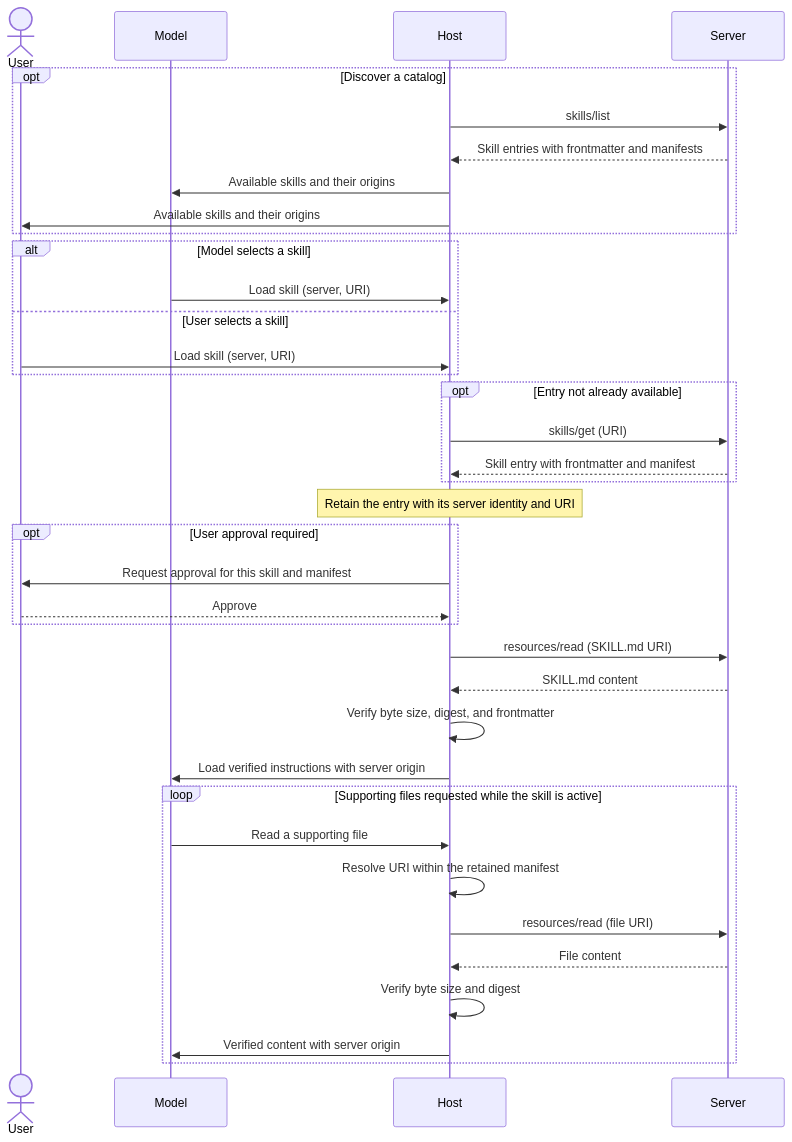
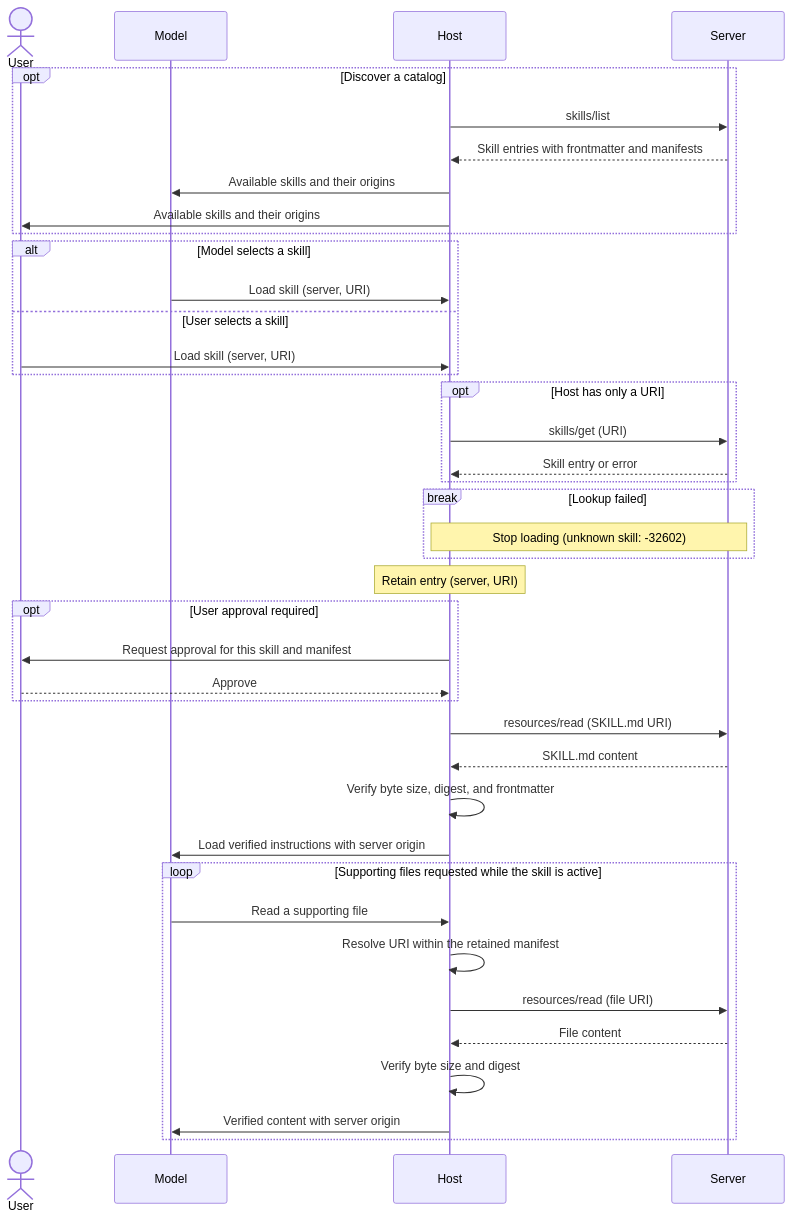
The diagram in docs/extensions/skills/overview.mdx (modelcontextprotocol/modelcontextprotocol), drawn with Mermaid before and after one commit. The commit also changed other lines of this file, not shown here.

Commit message:
docs: distinguish missing metadata from failed skill lookup

````diff
--- a/docs/extensions/skills/overview.mdx
+++ b/docs/extensions/skills/overview.mdx
@@ -293,45 +293,48 @@
 ```mermaid
 sequenceDiagram
     actor User
     participant Model
     participant Host
     participant Server
 
     opt Discover a catalog
         Host->>Server: skills/list
         Server-->>Host: Skill entries with frontmatter and manifests
         Host->>Model: Available skills and their origins
         Host->>User: Available skills and their origins
     end
 
     alt Model selects a skill
         Model->>Host: Load skill (server, URI)
     else User selects a skill
         User->>Host: Load skill (server, URI)
     end
 
-    opt Entry not already available
+    opt Host has only a URI
         Host->>Server: skills/get (URI)
-        Server-->>Host: Skill entry with frontmatter and manifest
+        Server-->>Host: Skill entry or error
     end
-    Note over Host: Retain the entry with its server identity and URI
+    break Lookup failed
+        Note over Host,Server: Stop loading (unknown skill: -32602)
+    end
+    Note over Host: Retain entry (server, URI)
 
     opt User approval required
         Host->>User: Request approval for this skill and manifest
         User-->>Host: Approve
     end
 
     Host->>Server: resources/read (SKILL.md URI)
     Server-->>Host: SKILL.md content
     Host->>Host: Verify byte size, digest, and frontmatter
     Host->>Model: Load verified instructions with server origin
 
     loop Supporting files requested while the skill is active
         Model->>Host: Read a supporting file
         Host->>Host: Resolve URI within the retained manifest
         Host->>Server: resources/read (file URI)
         Server-->>Host: File content
         Host->>Host: Verify byte size and digest
         Host->>Model: Verified content with server origin
     end
 ```
````
